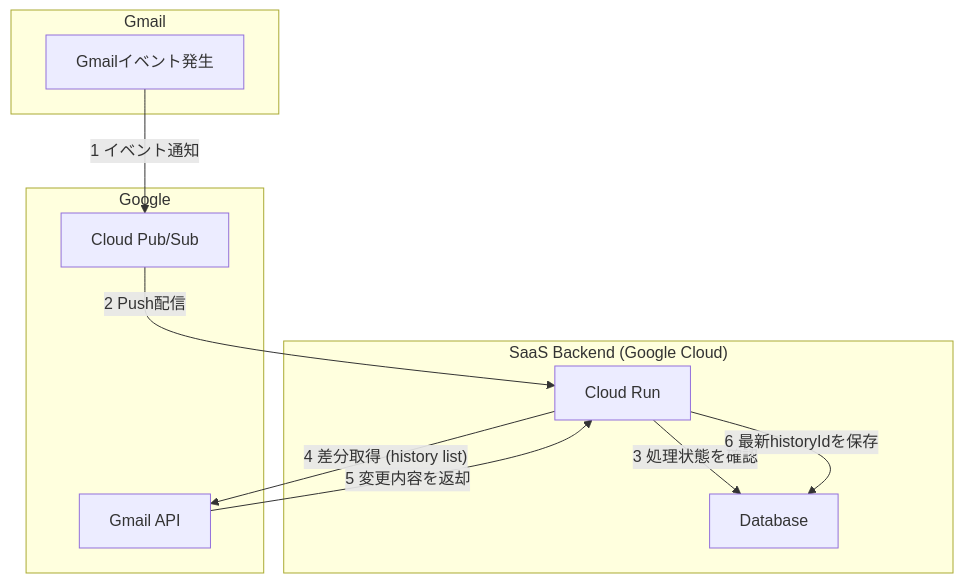
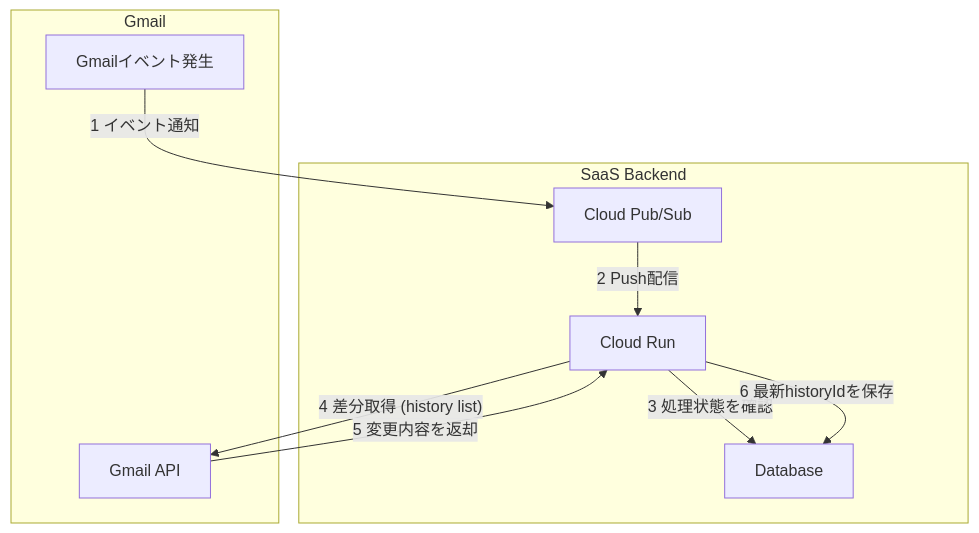
One commit to suwa-sh/zenn-contents changed the third of 4 diagrams in articles/gmail_app_gcp_20250718.md. Above: the diagram before and after it, drawn with Mermaid. The commit also changed other lines of this file, not shown here.

````diff
--- a/articles/gmail_app_gcp_20250718.md
+++ b/articles/gmail_app_gcp_20250718.md
@@ -118,23 +118,20 @@
 ```mermaid
 graph TD
     subgraph Gmail
         A[Gmailイベント発生]
+        GS[Gmail API]
     end
 
-    subgraph "SaaS Backend (Google Cloud)"
+    subgraph "SaaS Backend"
+        PS[Cloud Pub/Sub]
         CR[Cloud Run]
         DB[Database]
-    end
-
-    subgraph Google
-        GS[Gmail API]
-        PS[Cloud Pub/Sub]
     end
 
     A -- "1 イベント通知" --> PS
     PS -- "2 Push配信" --> CR
     CR -- "3 処理状態を確認" --> DB
     CR -- "4 差分取得 (history list)" --> GS
     GS -- "5 変更内容を返却" --> CR
     CR -- "6 最新historyIdを保存" --> DB
 ```
````
